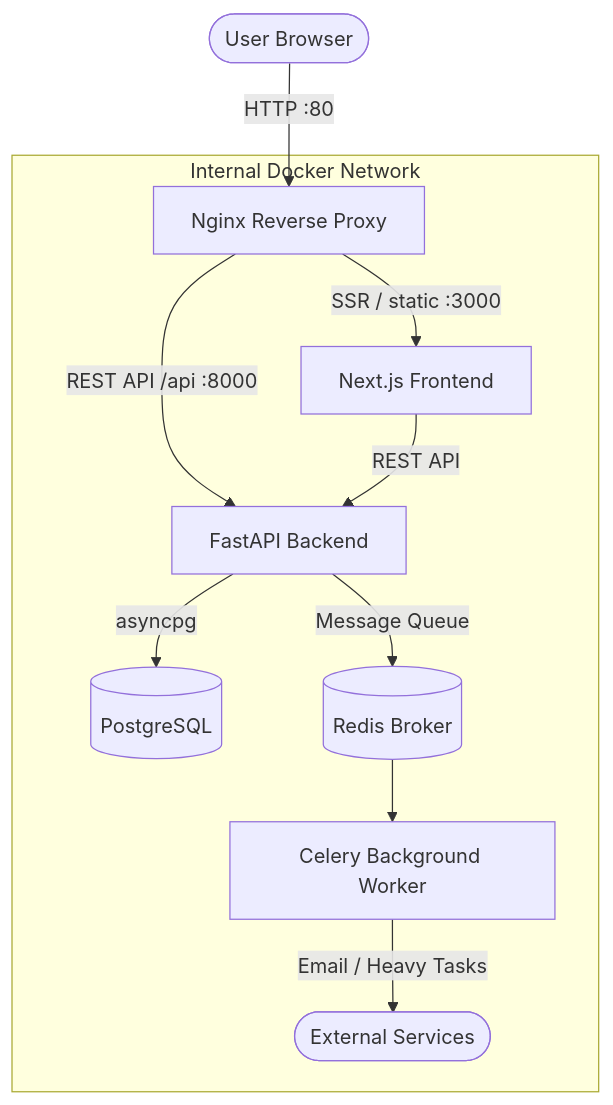
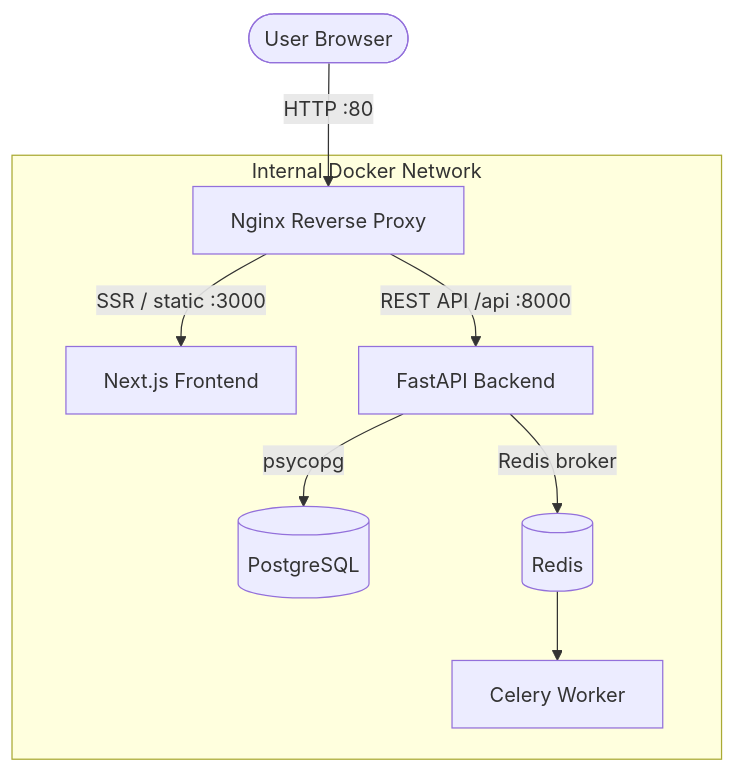
One commit to AdityaKishore0698/payment-wallet-app changed the second of 3 diagrams in README.md. Above: the diagram before and after it, drawn with Mermaid. The commit also changed other lines of this file and 2 other files, not shown here.

````diff
--- a/README.md
+++ b/README.md
@@ -21,16 +36,12 @@
 ```mermaid
 graph TD
-    Client([User Browser]) -->|HTTP :80| Nginx[Nginx Reverse Proxy]
-    
+    Client(["User Browser"]) -->|HTTP :80| Nginx["Nginx Reverse Proxy"]
+
     subgraph Internal Docker Network
-        Nginx -->|SSR / static :3000| NextJS[Next.js Frontend]
-        Nginx -->|REST API /api :8000| FastAPI[FastAPI Backend]
-        
-        NextJS -->|REST API| FastAPI
-        
-        FastAPI -->|asyncpg| DB[(PostgreSQL)]
-        FastAPI -->|Message Queue| Redis[(Redis Broker)]
-        Redis --> Celery[Celery Background Worker]
-        Celery -->|Email / Heavy Tasks| External([External Services])
+        Nginx -->|"SSR / static :3000"| NextJS["Next.js Frontend"]
+        Nginx -->|"REST API /api :8000"| FastAPI["FastAPI Backend"]
+        FastAPI -->|psycopg| DB[("PostgreSQL")]
+        FastAPI -->|"Redis broker"| Redis[("Redis")]
+        Redis --> Celery["Celery Worker"]
     end
 ```
````
